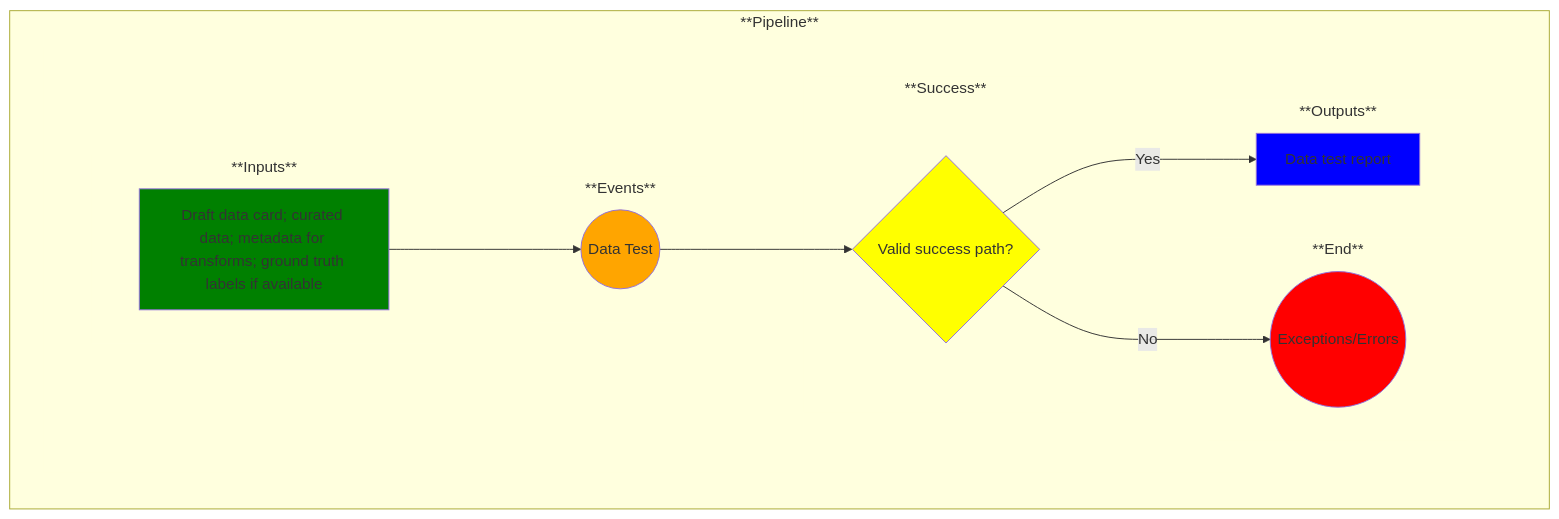
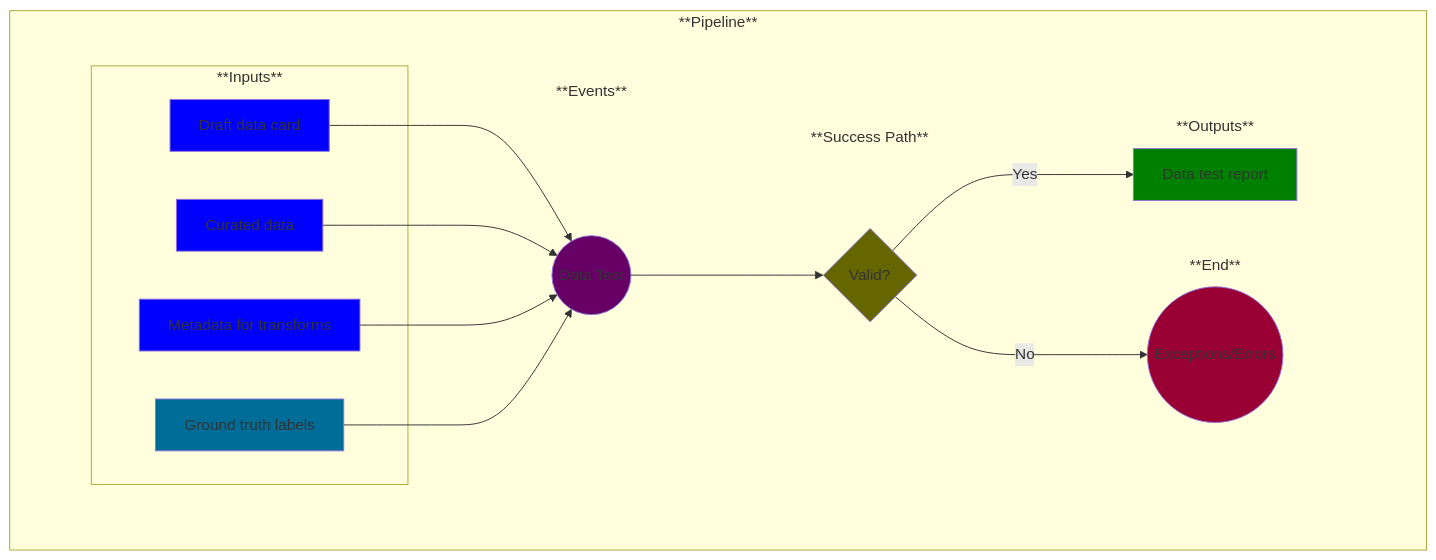
One commit to MLOps-OpenAPI/arch-diagrams changed the diagram in use-cases/6a-data-test.md. Above: the diagram before and after it, drawn with Mermaid. The commit also changed other lines of this file and 4 other files, not shown here.

```diff
--- a/use-cases/6a-data-test.md
+++ b/use-cases/6a-data-test.md
@@ -34,12 +34,21 @@
 
             %% Add the rest of the nodes
             subgraph Inputs ["**Inputs**"]
-                A
+                A1
+            end
+            subgraph Inputs ["**Inputs**"]
+                A2
+            end
+            subgraph Inputs ["**Inputs**"]
+                A3
+            end
+            subgraph Inputs ["**Inputs**"]
+                A4
             end
             subgraph Events ["**Events**"]
                 B
             end
-            subgraph Success ["**Success**"]
+            subgraph Success ["**Success Path**"]
                 C
             end
             subgraph End ["**End**"]
@@ -49,7 +58,10 @@
                 E
             end
         end
-        A-->B
+        A1-->B
+        A2-->B
+        A3-->B
+        A4-->B
         B-->C
         C--> | No | D
         C--> | Yes | E
@@ -58,20 +70,29 @@
     %% Now label and style the blocks
     %% Note: You could have done this above, but I find this to be cleaner and easier to manage
 
-    A[Draft data card; curated data; metadata for transforms; ground truth labels if available]
-    style A fill:green
+    A1[Draft data card]
+    style A1 fill:blue
+
+    A2[Curated data]
+    style A2 fill:blue
+
+    A3[Metadata for transforms]
+    style A3 fill:blue
+
+    A4[Ground truth labels]
+    style A4 fill:#006d99
 
     B((Data Test))
-    style B fill:orange
+    style B fill:#660066
 
-    C{Valid success path?}
-    style C fill:yellow
+    C{Valid?}
+    style C fill:#666600
 
     D((Exceptions/Errors))
-    style D fill:red
+    style D fill:#990033
 
     E[Data test report]
-    style E fill:blue
+    style E fill:green
 
     %% Remove unnecessary box outlines
     style invisibleSpace stroke-width:0
```
